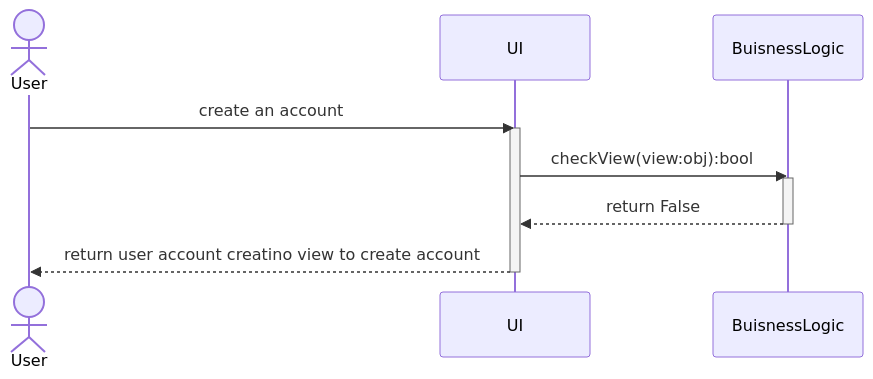
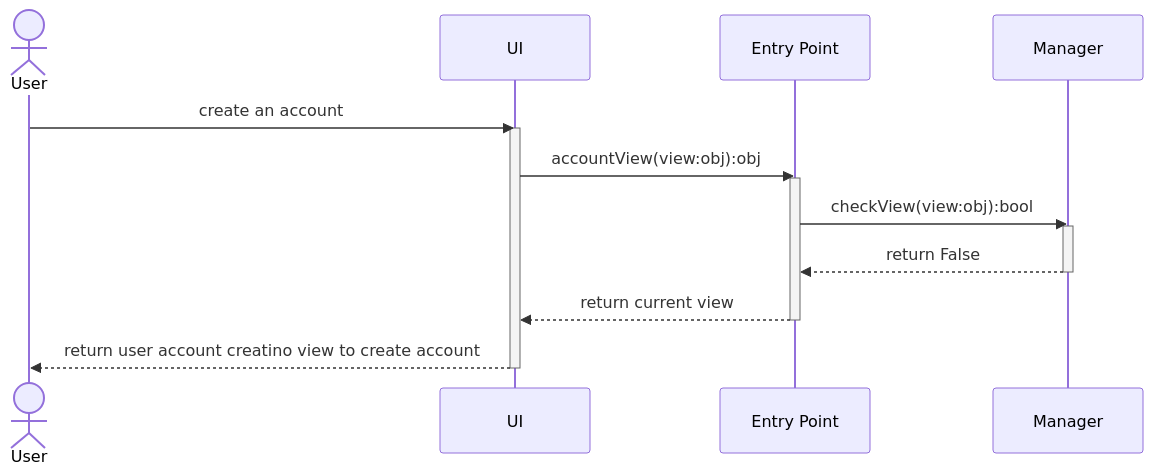
The diagram in milestone 2/low level design/registration/failures/v2/account/account_invalid_uiView.md (JosephArmas/cecs-491A-Team-Big-Data), drawn with Mermaid before and after one commit. The commit also changed 6 other files, not shown here.

Commit message:
added entry point to all diagrams

````diff
--- a/milestone 2/low level design/registration/failures/v2/account/account_invalid_uiView.md
+++ b/milestone 2/low level design/registration/failures/v2/account/account_invalid_uiView.md
@@ -2,12 +2,16 @@
 ```mermaid
 sequenceDiagram
     actor User
     User ->> UI: create an account
     activate UI
-    UI ->> BuisnessLogic: checkView(view:obj):bool
-    activate BuisnessLogic
-    BuisnessLogic -->> UI: return False
-    deactivate BuisnessLogic
+    UI ->> Entry Point: accountView(view:obj):obj
+    activate Entry Point
+    Entry Point ->> Manager: checkView(view:obj):bool
+    activate Manager
+    Manager -->> Entry Point: return False
+    deactivate Manager
+    Entry Point -->> UI: return current view
+    deactivate Entry Point
     UI -->> User: return user account creatino view to create account
     deactivate UI
 ```
````
